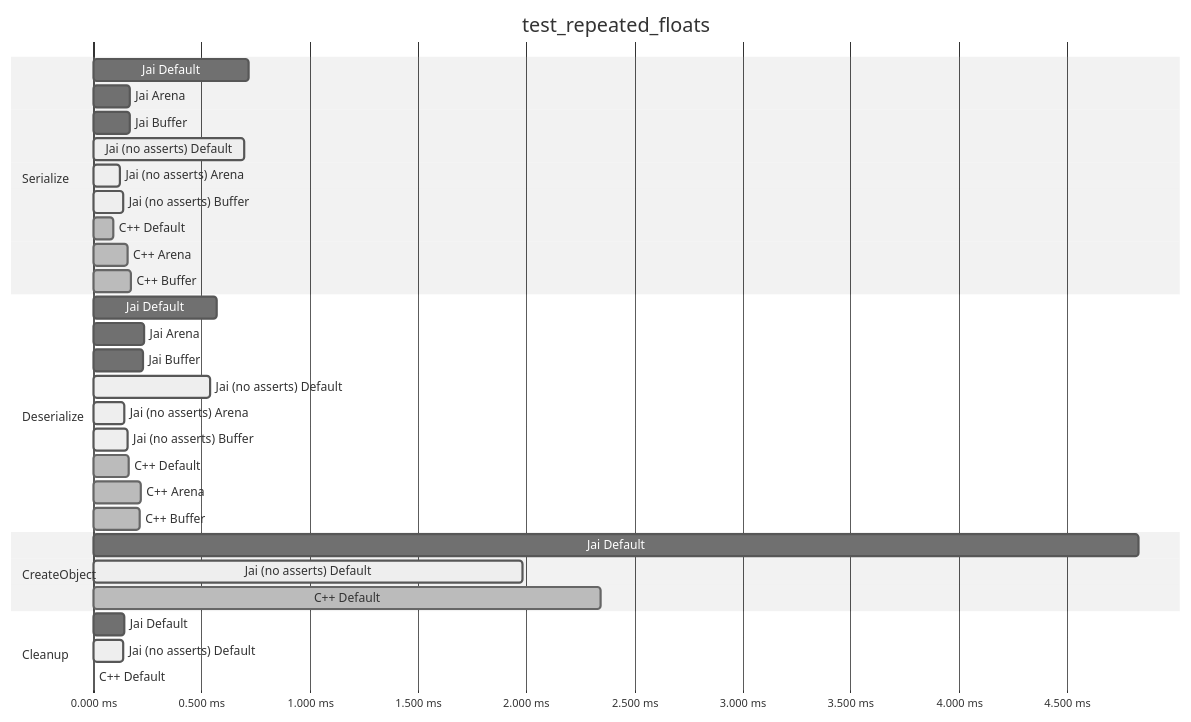
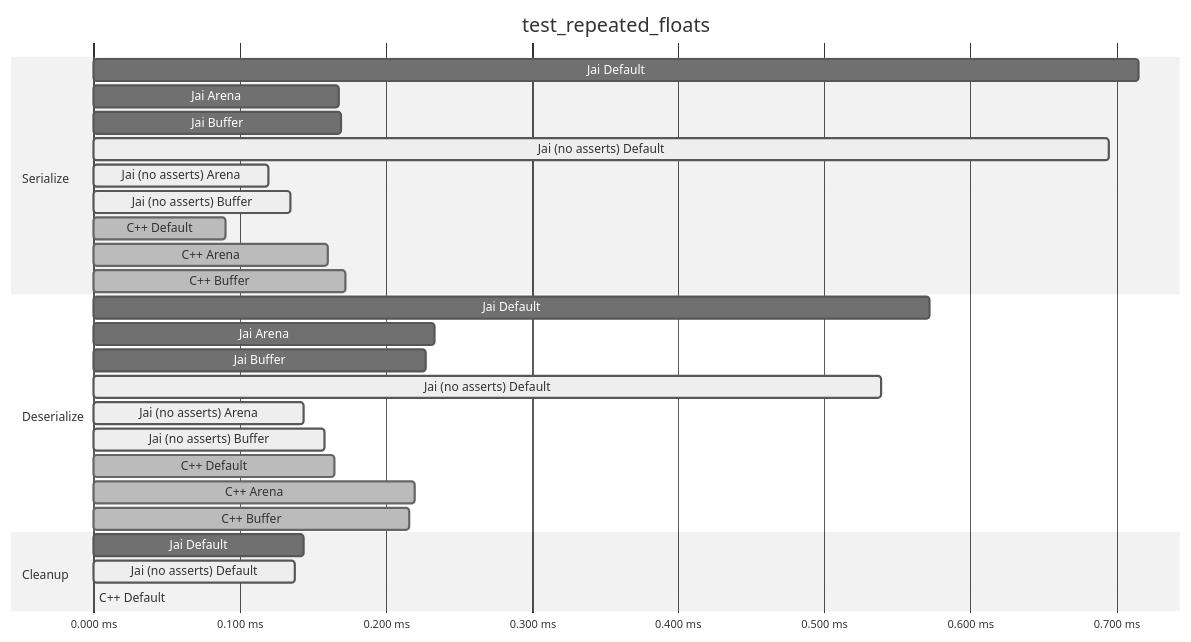
Before and after one commit to segcore/jai-protobuf-timings: the third of 7 diagrams in README.md, drawn with Mermaid (neutral theme). The commit also changed other lines of this file and 1 other file, not shown here.

Commit message:
Ignore CreateObject for plots, objects can be created in many ways.

````diff
--- a/README.md
+++ b/README.md
@@ -86,34 +78,30 @@
 ```mermaid
 gantt
     title test_repeated_floats
     dateFormat x
     axisFormat %s.%L ms
     section Serialize
         Jai Default : 0, 0.715026s
         Jai Arena : 0, 0.168145s
         Jai Buffer : 0, 0.169304s
         Jai (no asserts) Default :active, 0, 0.695293s
         Jai (no asserts) Arena :active, 0, 0.12084s
         Jai (no asserts) Buffer :active, 0, 0.135135s
         C++ Default :done, 0, 0.090893s
         C++ Arena :done, 0, 0.160164s
         C++ Buffer :done, 0, 0.172228s
     section Deserialize
         Jai Default : 0, 0.572822s
         Jai Arena : 0, 0.233361s
         Jai Buffer : 0, 0.227041s
         Jai (no asserts) Default :active, 0, 0.539441s
         Jai (no asserts) Arena :active, 0, 0.144334s
         Jai (no asserts) Buffer :active, 0, 0.158439s
         C++ Default :done, 0, 0.165609s
         C++ Arena :done, 0, 0.220165s
         C++ Buffer :done, 0, 0.216729s
-    section CreateObject
-        Jai Default : 0, 4.83192s
-        Jai (no asserts) Default :active, 0, 1.985721s
-        C++ Default :done, 0, 2.346358s
     section Cleanup
         Jai Default : 0, 0.144029s
         Jai (no asserts) Default :active, 0, 0.138152s
         C++ Default :done, 0, 0.000147s
 ```
````
